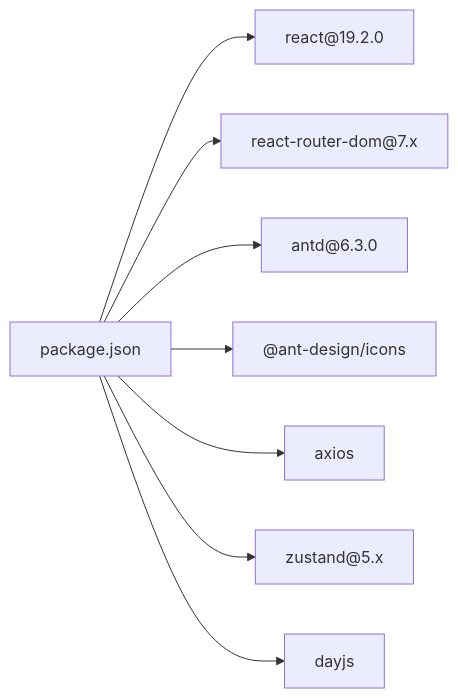
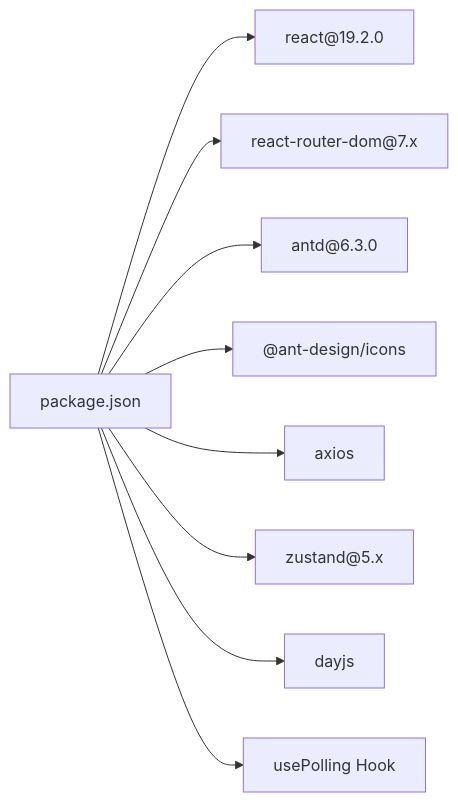
One commit to xfbyxq/ai-novel-system changed the eighth of 8 diagrams in .qoder/repowiki/zh/content/前端架构/前端架构.md. Above: the diagram before and after it, drawn with Mermaid. The commit also changed other lines of this file and 11 other files, not shown here.

````diff
--- a/.qoder/repowiki/zh/content/前端架构/前端架构.md
+++ b/.qoder/repowiki/zh/content/前端架构/前端架构.md
@@ -490,10 +577,11 @@
 ```mermaid
 graph LR
 Pkg["package.json"] --> React["react@19.2.0"]
 Pkg --> Router["react-router-dom@7.x"]
 Pkg --> Antd["antd@6.3.0"]
 Pkg --> Icons["@ant-design/icons"]
 Pkg --> Axios["axios"]
 Pkg --> Zustand["zustand@5.x"]
 Pkg --> Dayjs["dayjs"]
+Pkg --> Hook["usePolling Hook"]
 ```
````
